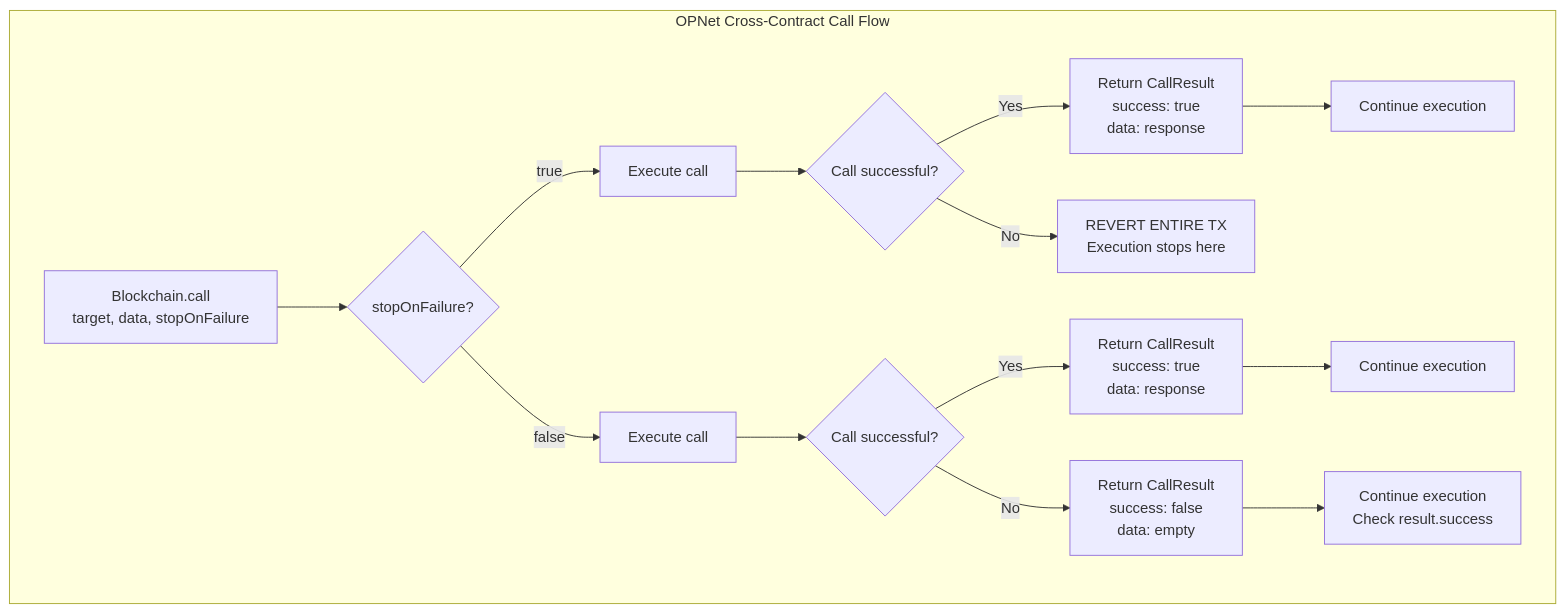
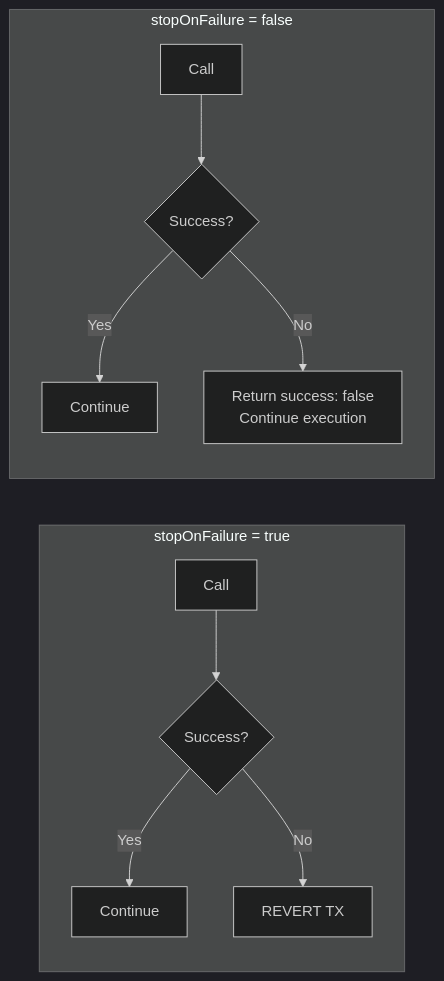
Before and after one commit to btc-vision/btc-runtime: the second of 2 diagrams in docs/advanced/cross-contract-calls.md, drawn with Mermaid. The commit also changed other lines of this file and 6 other files, not shown here.

First line of the commit message:
Refactor diagrams and clarify documentation

````diff
--- a/docs/advanced/cross-contract-calls.md
+++ b/docs/advanced/cross-contract-calls.md
@@ -94,22 +94,18 @@
 ```mermaid
-flowchart TD
-    subgraph OPNet["OPNet Cross-Contract Call Flow"]
-        A["Blockchain.call<br/>target, data, stopOnFailure"] --> B{"stopOnFailure?"}
+---
+config:
+  theme: dark
+---
+flowchart LR
+    subgraph StopTrue["stopOnFailure = true"]
+        A1["Call"] --> B1{"Success?"}
+        B1 -->|"Yes"| C1["Continue"]
+        B1 -->|"No"| D1["REVERT TX"]
+    end
 
-        B -->|"true"| C["Execute call"]
-        B -->|"false"| D["Execute call"]
-
-        C --> E{"Call successful?"}
-        D --> F{"Call successful?"}
-
-        E -->|"Yes"| G["Return CallResult<br/>success: true<br/>data: response"]
-        E -->|"No"| H["REVERT ENTIRE TX<br/>Execution stops here"]
-
-        F -->|"Yes"| I["Return CallResult<br/>success: true<br/>data: response"]
-        F -->|"No"| J["Return CallResult<br/>success: false<br/>data: empty"]
-
-        G --> K["Continue execution"]
-        I --> L["Continue execution"]
-        J --> M["Continue execution<br/>Check result.success"]
+    subgraph StopFalse["stopOnFailure = false"]
+        A2["Call"] --> B2{"Success?"}
+        B2 -->|"Yes"| C2["Continue"]
+        B2 -->|"No"| D2["Return success: false<br/>Continue execution"]
     end
 ```
````
